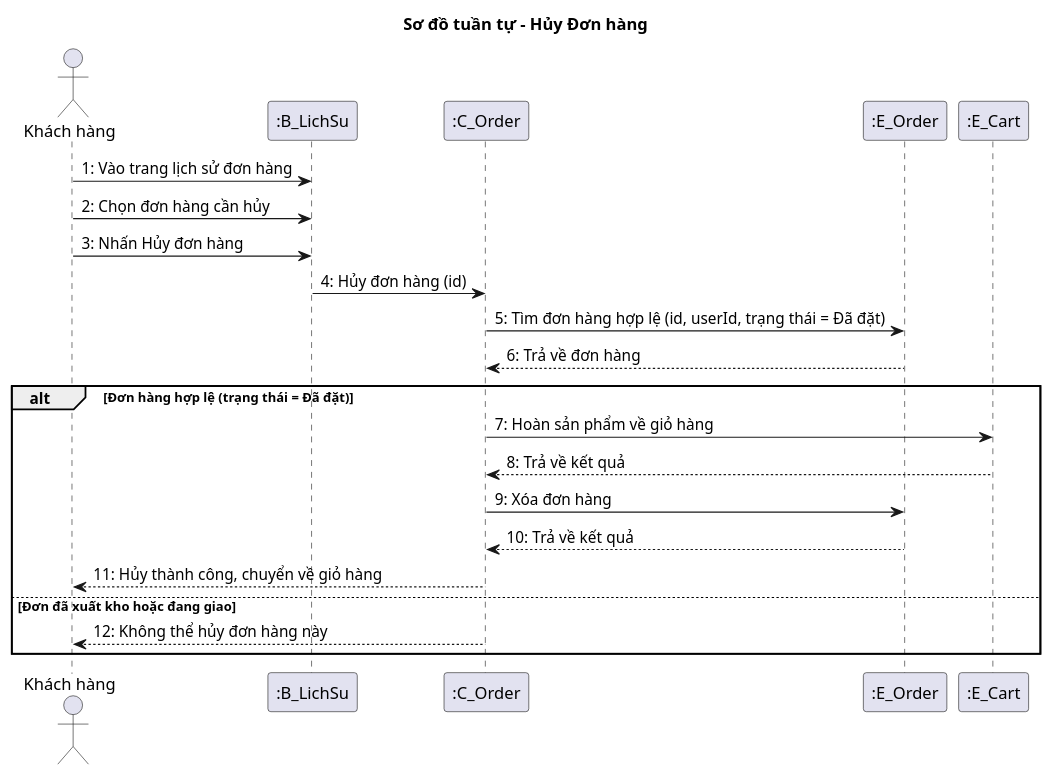
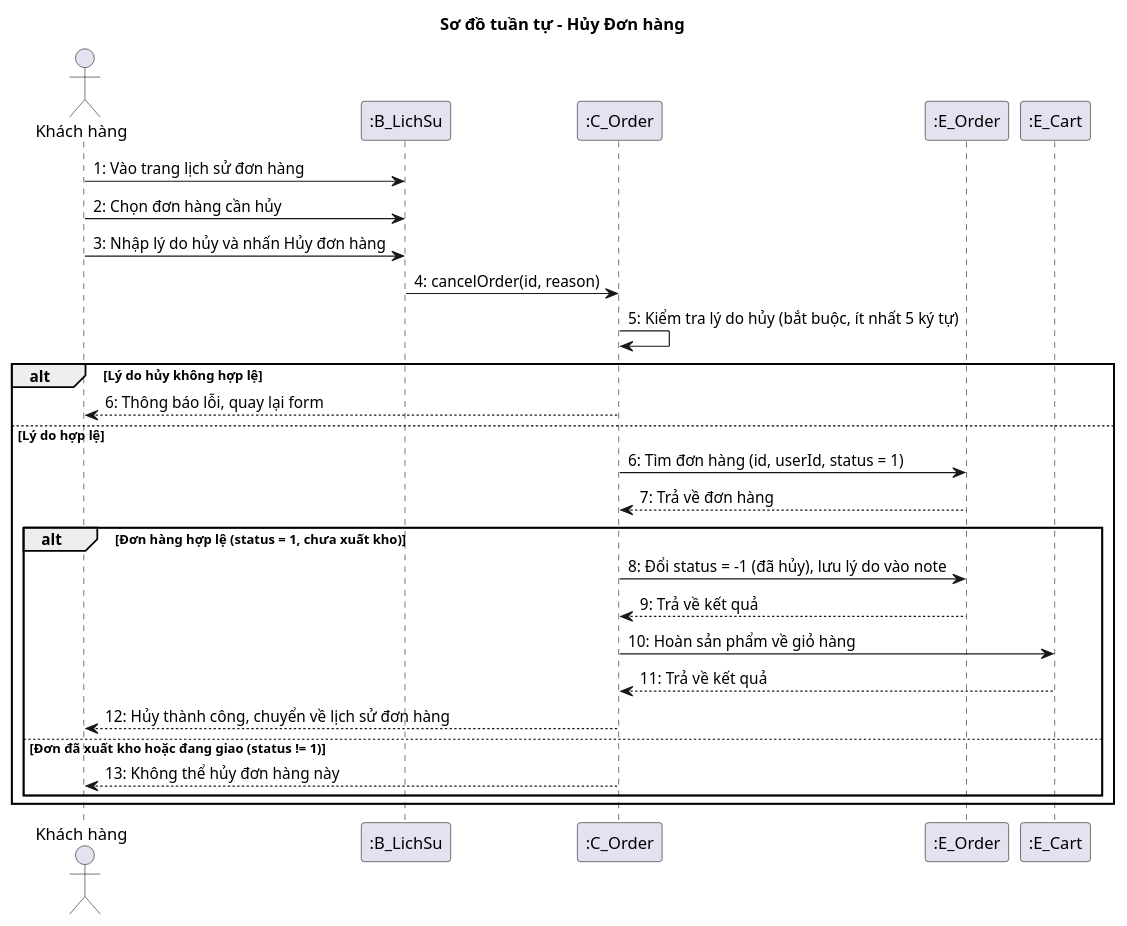
The diagram in app/Http/doc/sequence/06-huy-don-hang.puml (thien258/luanvantotnghiep), drawn with PlantUML before and after one commit. The commit also changed 59 other files, not shown here.

```diff
--- a/app/Http/doc/sequence/06-huy-don-hang.puml
+++ b/app/Http/doc/sequence/06-huy-don-hang.puml
@@ -1,26 +1,34 @@
 @startuml
 title Sơ đồ tuần tự - Hủy Đơn hàng
 
 actor "Khách hàng" as KH
 participant ":B_LichSu" as B
 participant ":C_Order" as C
 participant ":E_Order" as EO
 participant ":E_Cart" as EC
 
 KH -> B : 1: Vào trang lịch sử đơn hàng
 KH -> B : 2: Chọn đơn hàng cần hủy
-KH -> B : 3: Nhấn Hủy đơn hàng
-B -> C : 4: Hủy đơn hàng (id)
-C -> EO : 5: Tìm đơn hàng hợp lệ (id, userId, trạng thái = Đã đặt)
-EO --> C : 6: Trả về đơn hàng
+KH -> B : 3: Nhập lý do hủy và nhấn Hủy đơn hàng
+B -> C : 4: cancelOrder(id, reason)
+C -> C : 5: Kiểm tra lý do hủy (bắt buộc, ít nhất 5 ký tự)
 
-alt Đơn hàng hợp lệ (trạng thái = Đã đặt)
-    C -> EC : 7: Hoàn sản phẩm về giỏ hàng
-    EC --> C : 8: Trả về kết quả
-    C -> EO : 9: Xóa đơn hàng
-    EO --> C : 10: Trả về kết quả
-    C --> KH : 11: Hủy thành công, chuyển về giỏ hàng
-else Đơn đã xuất kho hoặc đang giao
-    C --> KH : 12: Không thể hủy đơn hàng này
+alt Lý do hủy không hợp lệ
+    C --> KH : 6: Thông báo lỗi, quay lại form
+else Lý do hợp lệ
+    C -> EO : 6: Tìm đơn hàng (id, userId, status = 1)
+    EO --> C : 7: Trả về đơn hàng
+
+    alt Đơn hàng hợp lệ (status = 1, chưa xuất kho)
+        C -> EO : 8: Đổi status = -1 (đã hủy), lưu lý do vào note
+        EO --> C : 9: Trả về kết quả
+       
+            C -> EC : 10: Hoàn sản phẩm về giỏ hàng
+            EC --> C : 11: Trả về kết quả
+        
+        C --> KH : 12: Hủy thành công, chuyển về lịch sử đơn hàng
+    else Đơn đã xuất kho hoặc đang giao (status != 1)
+        C --> KH : 13: Không thể hủy đơn hàng này
+    end
 end
 @enduml
```
